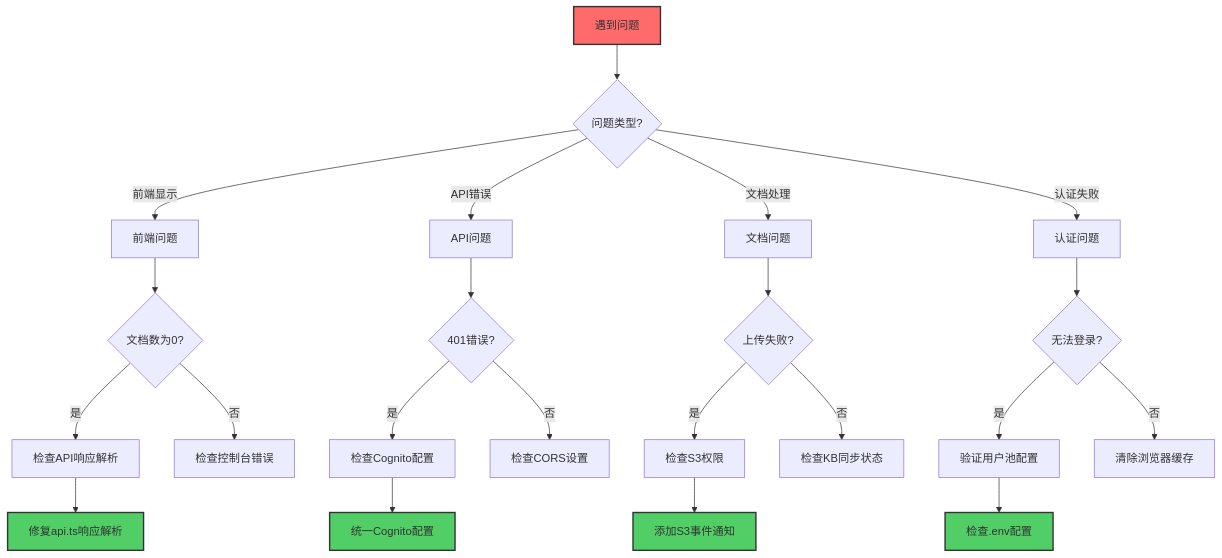
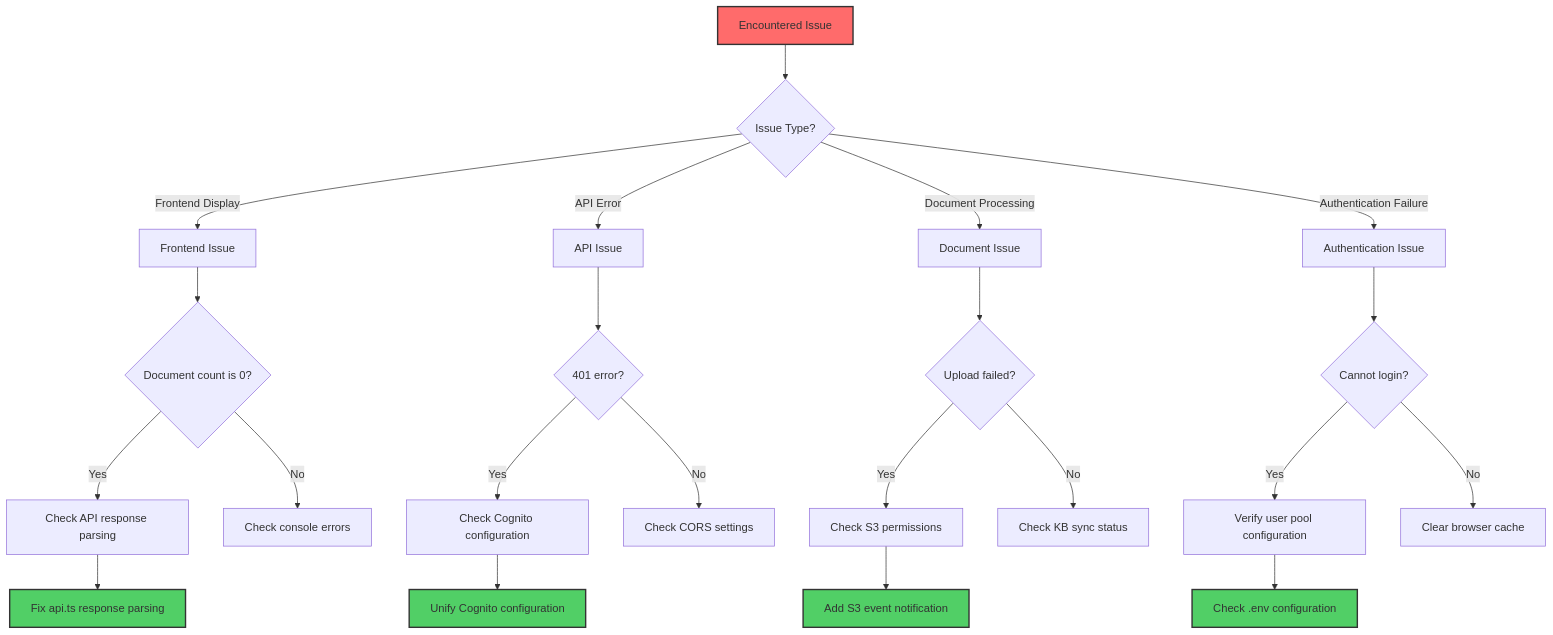
Before and after one commit to yincma/AWS-BEDROCK-RAG: the fifth of 8 diagrams in README.md, drawn with Mermaid. The commit also changed other lines of this file and 10 other files, not shown here.

````diff
--- a/README.md
+++ b/README.md
@@ -423,36 +423,36 @@
 ```mermaid
 graph TD
-    Start[遇到问题] --> Type{问题类型?}
+    Start[Encountered Issue] --> Type{Issue Type?}
     
-    Type --> |前端显示| Frontend[前端问题]
-    Type --> |API错误| API[API问题]
-    Type --> |文档处理| Doc[文档问题]
-    Type --> |认证失败| Auth[认证问题]
+    Type --> |Frontend Display| Frontend[Frontend Issue]
+    Type --> |API Error| API[API Issue]
+    Type --> |Document Processing| Doc[Document Issue]
+    Type --> |Authentication Failure| Auth[Authentication Issue]
     
-    Frontend --> F1{文档数为0?}
-    F1 --> |是| F2[检查API响应解析]
-    F1 --> |否| F3[检查控制台错误]
+    Frontend --> F1{Document count is 0?}
+    F1 --> |Yes| F2[Check API response parsing]
+    F1 --> |No| F3[Check console errors]
     
-    API --> A1{401错误?}
-    A1 --> |是| A2[检查Cognito配置]
-    A1 --> |否| A3[检查CORS设置]
+    API --> A1{401 error?}
+    A1 --> |Yes| A2[Check Cognito configuration]
+    A1 --> |No| A3[Check CORS settings]
     
-    Doc --> D1{上传失败?}
-    D1 --> |是| D2[检查S3权限]
-    D1 --> |否| D3[检查KB同步状态]
+    Doc --> D1{Upload failed?}
+    D1 --> |Yes| D2[Check S3 permissions]
+    D1 --> |No| D3[Check KB sync status]
     
-    Auth --> AU1{无法登录?}
-    AU1 --> |是| AU2[验证用户池配置]
-    AU1 --> |否| AU3[清除浏览器缓存]
+    Auth --> AU1{Cannot login?}
+    AU1 --> |Yes| AU2[Verify user pool configuration]
+    AU1 --> |No| AU3[Clear browser cache]
     
-    F2 --> Solution1[修复api.ts响应解析]
-    A2 --> Solution2[统一Cognito配置]
-    D2 --> Solution3[添加S3事件通知]
-    AU2 --> Solution4[检查.env配置]
+    F2 --> Solution1[Fix api.ts response parsing]
+    A2 --> Solution2[Unify Cognito configuration]
+    D2 --> Solution3[Add S3 event notification]
+    AU2 --> Solution4[Check .env configuration]
     
     style Start fill:#ff6b6b,stroke:#333,stroke-width:2px
     style Solution1 fill:#51cf66,stroke:#333,stroke-width:2px
     style Solution2 fill:#51cf66,stroke:#333,stroke-width:2px
     style Solution3 fill:#51cf66,stroke:#333,stroke-width:2px
     style Solution4 fill:#51cf66,stroke:#333,stroke-width:2px
 ```
````
